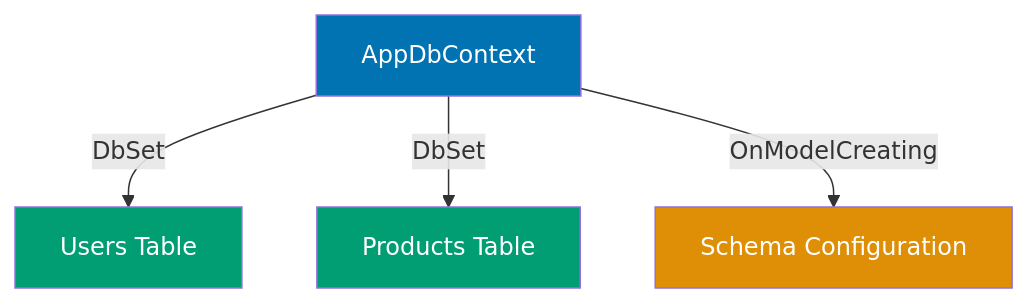
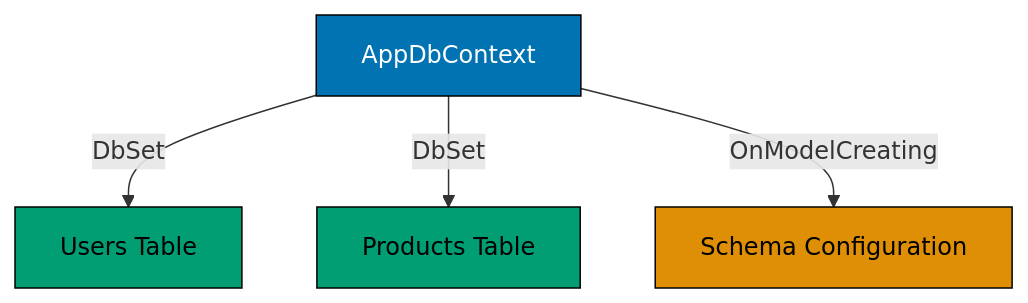
Before and after one commit to wahidyankf/ose-public: the first of 2 diagrams in apps/ayokoding-www/content/en/learn/legacy/software-engineering/data/tools/csharp-ef-core/by-example/beginner.md, drawn with Mermaid. The commit also changed other lines of this file and 131 other files, not shown here.

First line of the commit message:
fix(mermaid): bring the legacy data, infrastructure, and testing diagrams onto the accessible palette

````diff
--- a/apps/ayokoding-www/content/en/learn/legacy/software-engineering/data/tools/csharp-ef-core/by-example/beginner.md
+++ b/apps/ayokoding-www/content/en/learn/legacy/software-engineering/data/tools/csharp-ef-core/by-example/beginner.md
@@ -35,12 +35,18 @@
 ```mermaid
 %% Color Palette: Blue #0173B2, Orange #DE8F05, Teal #029E73, Purple #CC78BC, Brown #CA9161
 graph TD
+    accTitle: Example 1: DbContext Setup
+    accDescr: Graph with 4 nodes and 3 connections. Nodes: AppDbContext, Users Table, Products Table, Schema Configuration. Connections: AppDbContext to Users Table (DbSet), AppDbContext to Products Table (DbSet), AppDbContext to Schema Configuration (OnModelCreating).
     A[AppDbContext] -->|DbSet| B[Users Table]
     A -->|DbSet| C[Products Table]
     A -->|OnModelCreating| D[Schema Configuration]
 
-    style A fill:#0173B2,color:#fff
-    style B fill:#029E73,color:#fff
-    style C fill:#029E73,color:#fff
-    style D fill:#DE8F05,color:#fff
+    classDef pal-0173B2 fill:#0173B2,stroke:#000000,color:#FFFFFF
+    class A pal-0173B2
+    classDef pal-029E73 fill:#029E73,stroke:#000000,color:#000000
+    class B pal-029E73
+    class C pal-029E73
+    classDef pal-DE8F05 fill:#DE8F05,stroke:#000000,color:#000000
+    class D pal-DE8F05
+    classDef default fill:#FFFFFF,stroke:#000000,color:#000000
 ```
````
